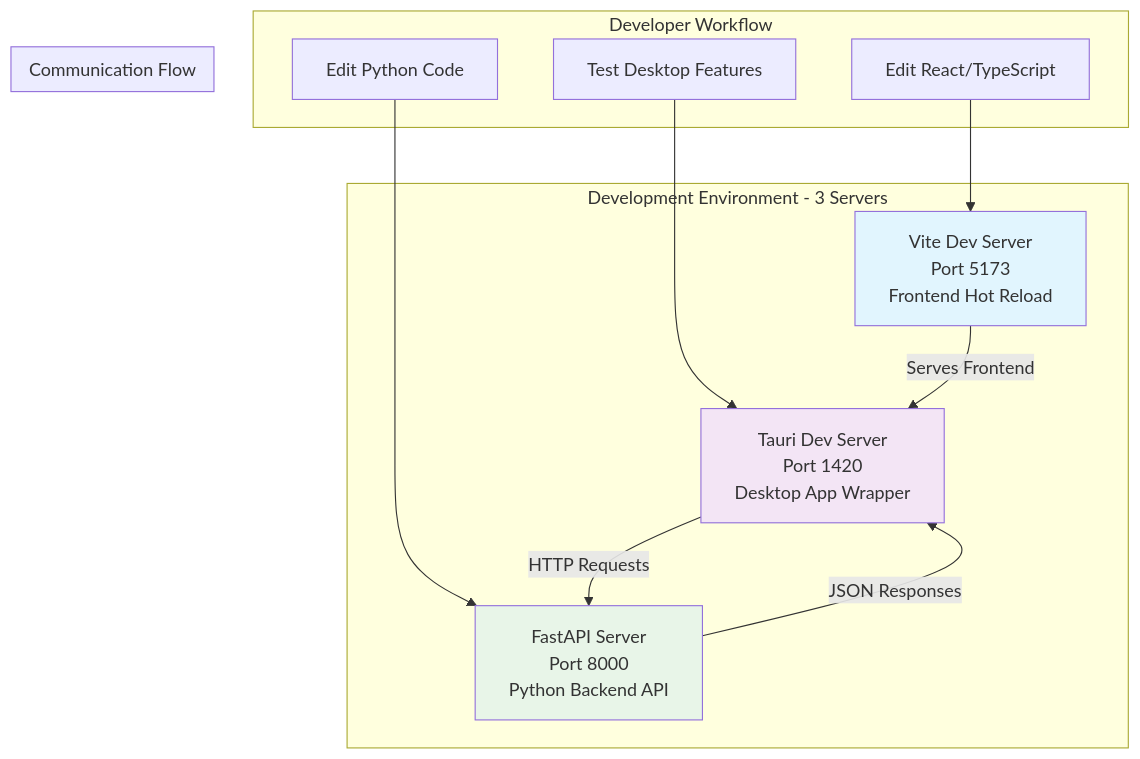
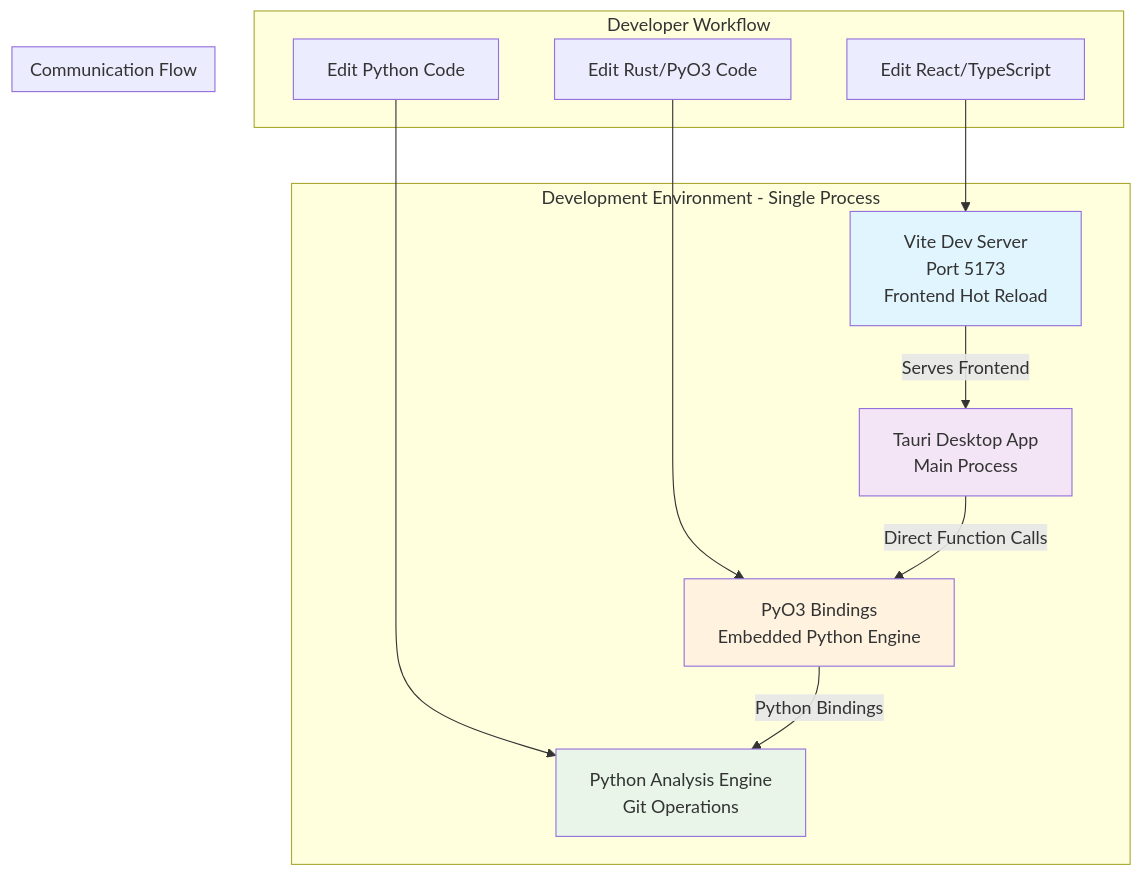
One commit to boost-edu-tools/gitinspectorgui changed the first of 6 diagrams in docs/development/development-architecture.md. Above: the diagram before and after it, drawn with Mermaid. The commit also changed other lines of this file and 13 other files, not shown here.

````diff
--- a/docs/development/development-architecture.md
+++ b/docs/development/development-architecture.md
@@ -20,24 +21,26 @@
 ```mermaid
 graph TB
-    subgraph "Development Environment - 3 Servers"
-        A[Vite Dev Server<br/>Port 5173<br/>Frontend Hot Reload]
-        B[Tauri Dev Server<br/>Port 1420<br/>Desktop App Wrapper]
-        C[FastAPI Server<br/>Port 8000<br/>Python Backend API]
+    subgraph "Development Environment - Single Process"
+        A[Tauri Desktop App<br/>Main Process]
+        B[Vite Dev Server<br/>Port 5173<br/>Frontend Hot Reload]
+        C[PyO3 Bindings<br/>Embedded Python Engine]
+        D[Python Analysis Engine<br/>Git Operations]
     end
 
     subgraph "Developer Workflow"
-        D[Edit React/TypeScript] --> A
-        E[Test Desktop Features] --> B
-        F[Edit Python Code] --> C
+        E[Edit React/TypeScript] --> B
+        F[Edit Python Code] --> D
+        G[Edit Rust/PyO3 Code] --> C
     end
 
     subgraph "Communication Flow"
-        A -->|Serves Frontend| B
-        B -->|HTTP Requests| C
-        C -->|JSON Responses| B
+        B -->|Serves Frontend| A
+        A -->|Direct Function Calls| C
+        C -->|Python Bindings| D
     end
 
-    style A fill:#e1f5fe
-    style B fill:#f3e5f5
-    style C fill:#e8f5e8
+    style A fill:#f3e5f5
+    style B fill:#e1f5fe
+    style C fill:#fff3e0
+    style D fill:#e8f5e8
 ```
````
